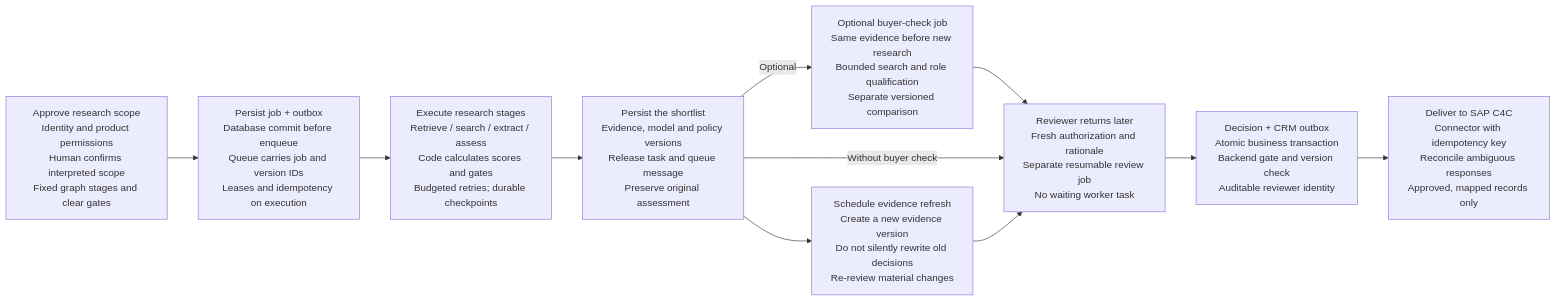
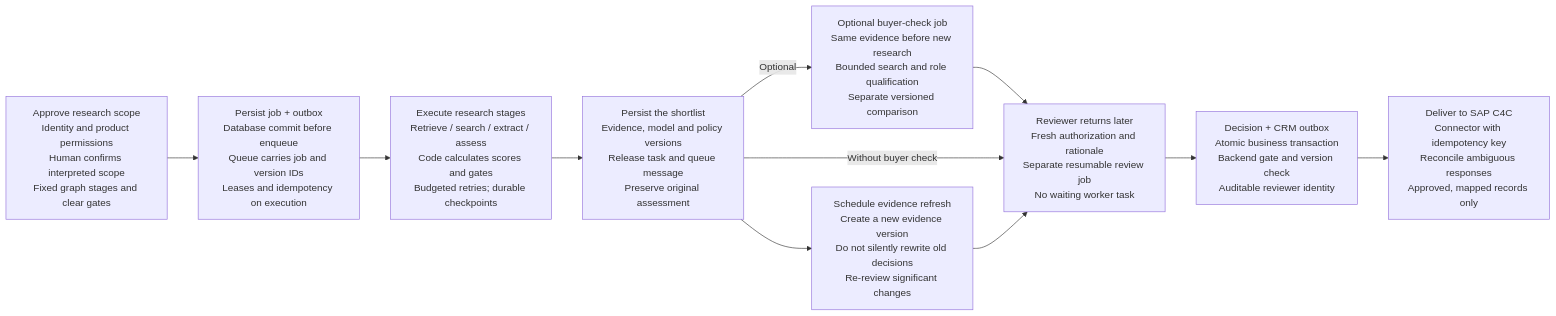
Before and after one commit to mjavedakhtar/agentic-sales-leads: the diagram in frontend/public/diagrams/production-workflow.mmd, drawn with Mermaid. The commit also changed 52 other files, not shown here.

```diff
--- a/frontend/public/diagrams/production-workflow.mmd
+++ b/frontend/public/diagrams/production-workflow.mmd
@@ -1,21 +1,21 @@
 %% PROPOSED AWS / The workflow after production hardening
 flowchart LR
     identity["Approve research scope<br/>Identity and product permissions<br/>Human confirms interpreted scope<br/>Fixed graph stages and clear gates"]
     job["Persist job + outbox<br/>Database commit before enqueue<br/>Queue carries job and version IDs<br/>Leases and idempotency on execution"]
     worker["Execute research stages<br/>Retrieve / search / extract / assess<br/>Code calculates scores and gates<br/>Budgeted retries; durable checkpoints"]
     ready["Persist the shortlist<br/>Evidence, model and policy versions<br/>Release task and queue message<br/>Preserve original assessment"]
     buyer_job["Optional buyer-check job<br/>Same evidence before new research<br/>Bounded search and role qualification<br/>Separate versioned comparison"]
     crm["Deliver to SAP C4C<br/>Connector with idempotency key<br/>Reconcile ambiguous responses<br/>Approved, mapped records only"]
     decision["Decision + CRM outbox<br/>Atomic business transaction<br/>Backend gate and version check<br/>Auditable reviewer identity"]
     human["Reviewer returns later<br/>Fresh authorization and rationale<br/>Separate resumable review job<br/>No waiting worker task"]
-    refresh["Schedule evidence refresh<br/>Create a new evidence version<br/>Do not silently rewrite old decisions<br/>Re-review material changes"]
+    refresh["Schedule evidence refresh<br/>Create a new evidence version<br/>Do not silently rewrite old decisions<br/>Re-review significant changes"]
     identity --> job
     job --> worker
     worker --> ready
     ready -->|"Optional"| buyer_job
     buyer_job --> human
     ready -->|"Without buyer check"| human
     human --> decision
     decision --> crm
     ready --> refresh
     refresh --> human
```
